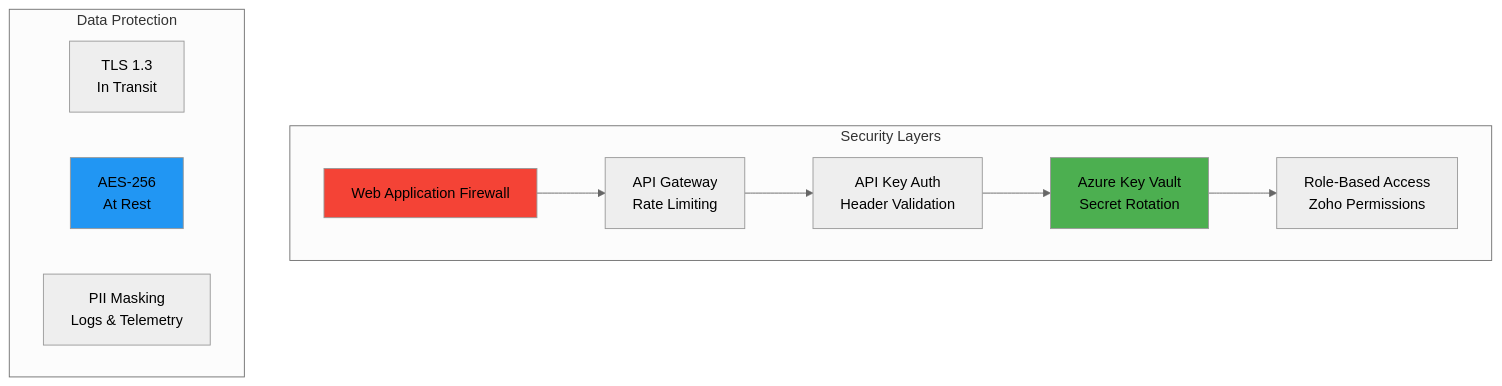
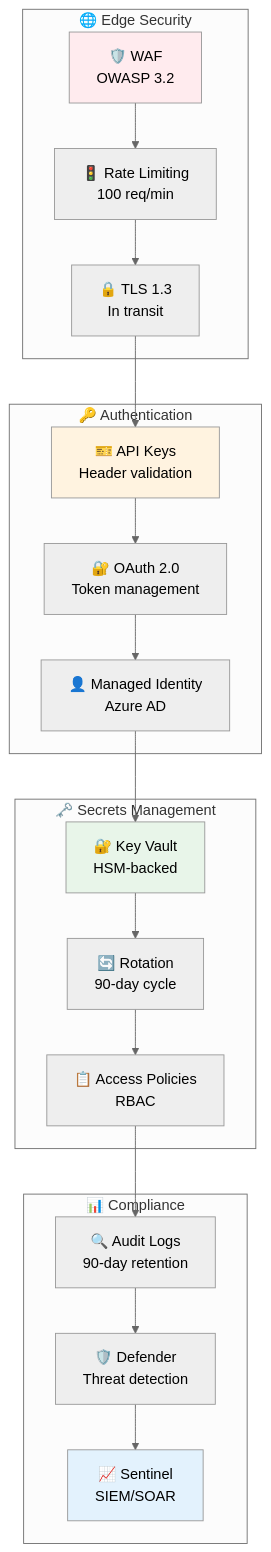
One commit to romiteld/ZohoDealCreation changed diagram 11 of 13 in ARCHITECTURE.md. Above: the diagram before and after it, drawn with Mermaid (neutral theme). The commit also changed other lines of this file and 2 other files, not shown here.

First line of the commit message:
Architecture: Update C4 diagrams to accurately reflect codebase and Azure infrastructure

````diff
--- a/ARCHITECTURE.md
+++ b/ARCHITECTURE.md
@@ -473,25 +608,30 @@
 ```mermaid
-graph TB
-    subgraph "Security Layers"
-        WAF[Web Application Firewall]
-        APIGW[API Gateway<br/>Rate Limiting]
-        AUTH[API Key Auth<br/>Header Validation]
-        KV[Azure Key Vault<br/>Secret Rotation]
-        RBAC[Role-Based Access<br/>Zoho Permissions]
+flowchart TB
+    subgraph "🌐 Edge Security"
+        A[🛡️ WAF<br/>OWASP 3.2] --> B[🚦 Rate Limiting<br/>100 req/min]
+        B --> C[🔒 TLS 1.3<br/>In transit]
     end
-
-    subgraph "Data Protection"
-        TLS[TLS 1.3<br/>In Transit]
-        ENCRYPT[AES-256<br/>At Rest]
-        PII[PII Masking<br/>Logs & Telemetry]
+    
+    subgraph "🔑 Authentication"
+        C --> D[🎫 API Keys<br/>Header validation]
+        D --> E[🔐 OAuth 2.0<br/>Token management]
+        E --> F[👤 Managed Identity<br/>Azure AD]
     end
-
-    WAF --> APIGW
-    APIGW --> AUTH
-    AUTH --> KV
-    KV --> RBAC
     
-    style WAF fill:#F44336
-    style KV fill:#4CAF50
-    style ENCRYPT fill:#2196F3
+    subgraph "🗝️ Secrets Management"
+        F --> G[🔐 Key Vault<br/>HSM-backed]
+        G --> H[🔄 Rotation<br/>90-day cycle]
+        H --> I[📋 Access Policies<br/>RBAC]
+    end
+    
+    subgraph "📊 Compliance"
+        I --> J[🔍 Audit Logs<br/>90-day retention]
+        J --> K[🛡️ Defender<br/>Threat detection]
+        K --> L[📈 Sentinel<br/>SIEM/SOAR]
+    end
+    
+    style A fill:#ffebee
+    style D fill:#fff3e0
+    style G fill:#e8f5e9
+    style L fill:#e3f2fd
 ```
````
